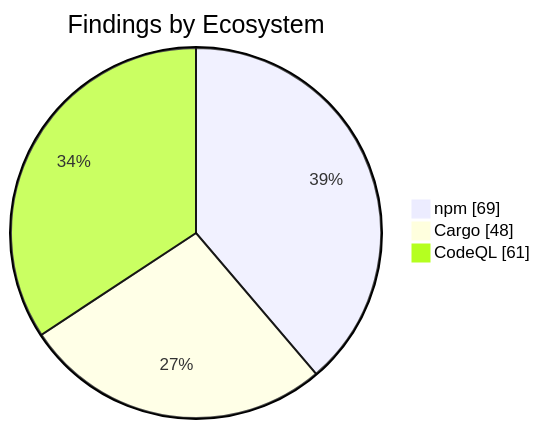
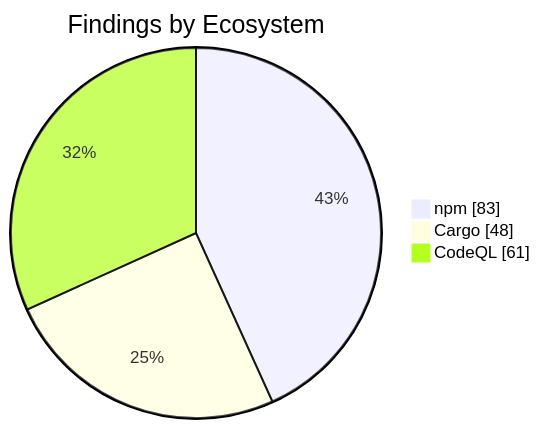
Before and after one commit to KBVE/kbve: the second of 2 diagrams in apps/kbve/astro-kbve/src/content/docs/dashboard/security.mdx, drawn with Mermaid. The commit also changed other lines of this file and 8 other files, not shown here.

````diff
--- a/apps/kbve/astro-kbve/src/content/docs/dashboard/security.mdx
+++ b/apps/kbve/astro-kbve/src/content/docs/dashboard/security.mdx
@@ -73,7 +73,7 @@
 ```mermaid
 pie showData
     title Findings by Ecosystem
-    "npm" : 69
+    "npm" : 83
     "Cargo" : 48
     "CodeQL" : 61
 ```
````
